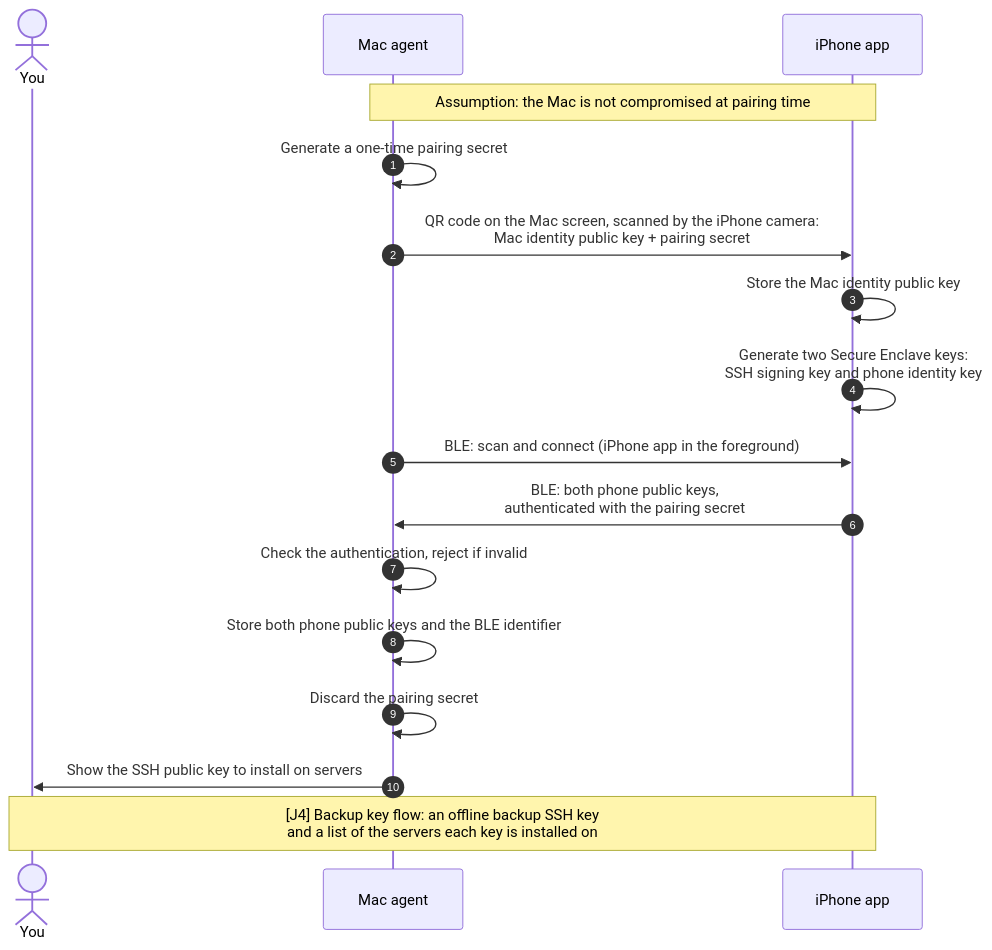
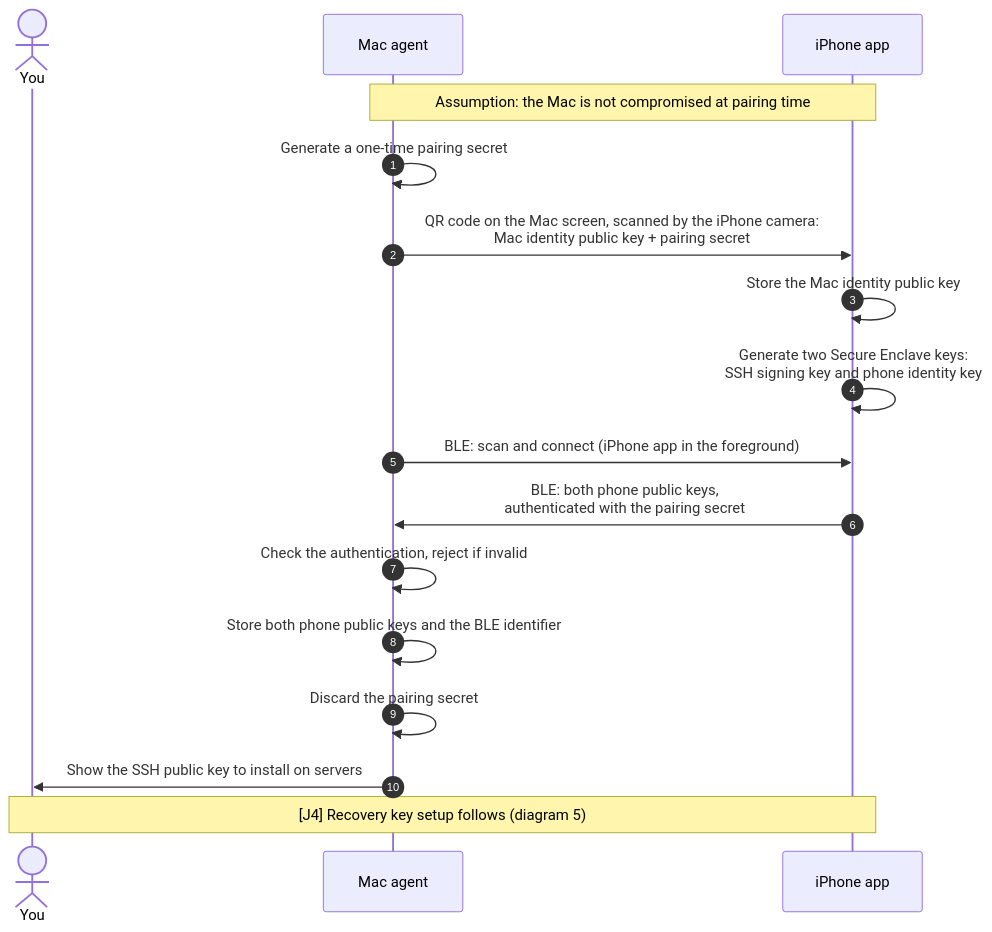
The second of 6 diagrams in docs/FLOWS.md (Samylay/sentry-key), drawn with Mermaid before and after one commit. The commit also changed other lines of this file and 3 other files, not shown here.

First line of the commit message:
Design the recovery key system (prompt P-011)

````diff
--- a/docs/FLOWS.md
+++ b/docs/FLOWS.md
@@ -56,20 +56,20 @@
 ```mermaid
 sequenceDiagram
   autonumber
   actor U as You
   participant M as Mac agent
   participant P as iPhone app
 
   Note over M,P: Assumption: the Mac is not compromised at pairing time
   M->>M: Generate a one-time pairing secret
   M->>P: QR code on the Mac screen, scanned by the iPhone camera:<br/>Mac identity public key + pairing secret
   P->>P: Store the Mac identity public key
   P->>P: Generate two Secure Enclave keys:<br/>SSH signing key and phone identity key
   M->>P: BLE: scan and connect (iPhone app in the foreground)
   P->>M: BLE: both phone public keys,<br/>authenticated with the pairing secret
   M->>M: Check the authentication, reject if invalid
   M->>M: Store both phone public keys and the BLE identifier
   M->>M: Discard the pairing secret
   M->>U: Show the SSH public key to install on servers
-  Note over U,P: [J4] Backup key flow: an offline backup SSH key<br/>and a list of the servers each key is installed on
+  Note over U,P: [J4] Recovery key setup follows (diagram 5)
 ```
````
